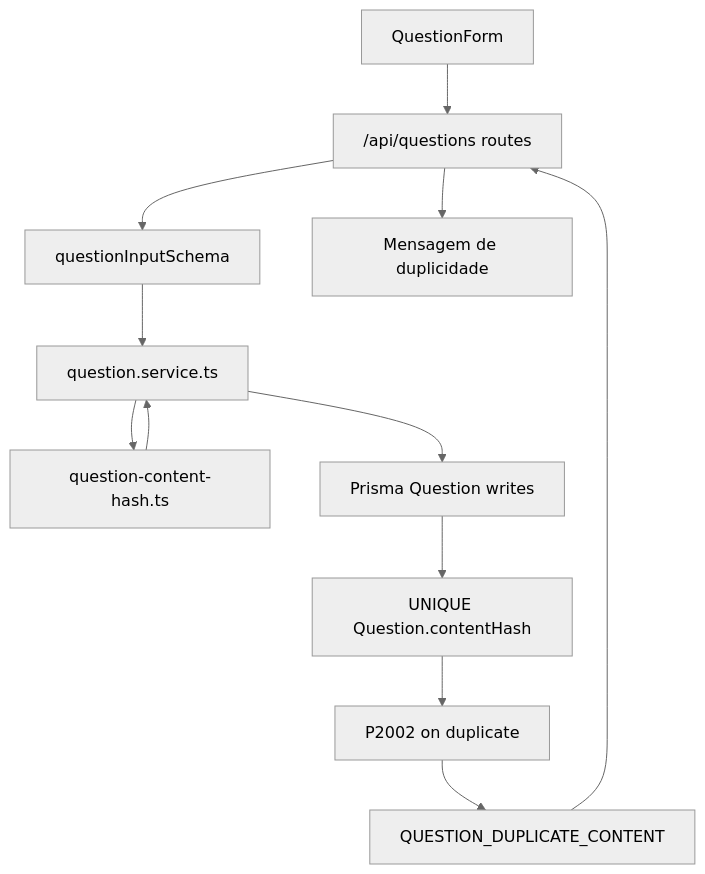
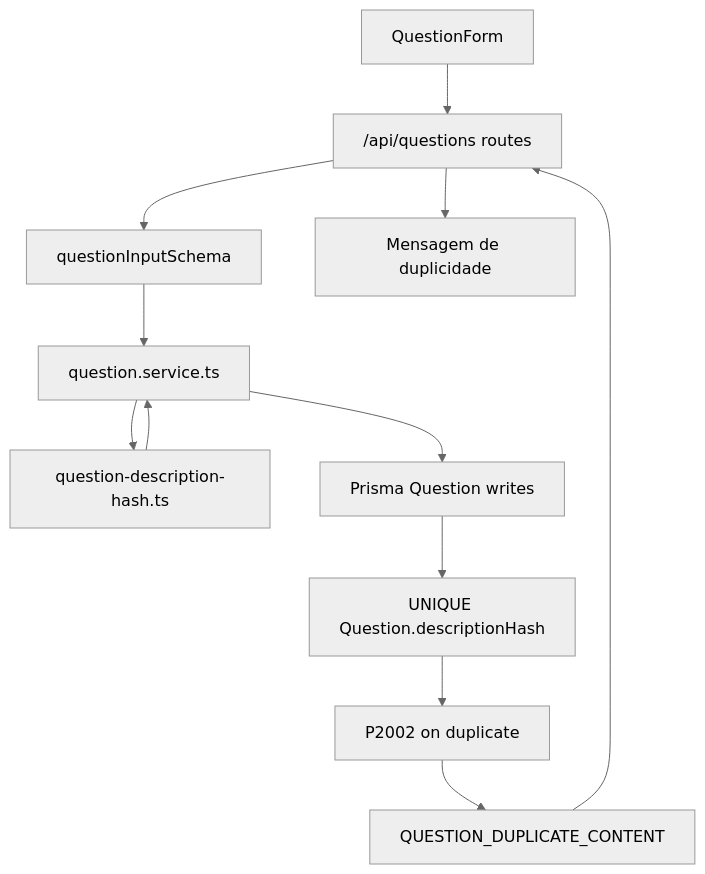
Before and after one commit to dpnunez/enade-simulados: the diagram in .specs/features/question-deduplication/design.md, drawn with Mermaid (neutral theme). The commit also changed other lines of this file and 12 other files, not shown here.

Commit message:
feat(question-deduplication): replace content hash with description hash for question uniqueness

````diff
--- a/.specs/features/question-deduplication/design.md
+++ b/.specs/features/question-deduplication/design.md
@@ -23,14 +23,14 @@
 ```mermaid
 flowchart TD
     Form["QuestionForm"] --> Api["/api/questions routes"]
     Api --> Schema["questionInputSchema"]
     Schema --> Service["question.service.ts"]
-    Service --> Hash["question-content-hash.ts"]
+    Service --> Hash["question-description-hash.ts"]
     Hash --> Service
     Service --> Prisma["Prisma Question writes"]
-    Prisma --> Unique["UNIQUE Question.contentHash"]
+    Prisma --> Unique["UNIQUE Question.descriptionHash"]
     Unique --> PrismaError["P2002 on duplicate"]
     PrismaError --> DomainError["QUESTION_DUPLICATE_CONTENT"]
     DomainError --> Api
     Api --> FormMessage["Mensagem de duplicidade"]
 ```
````
